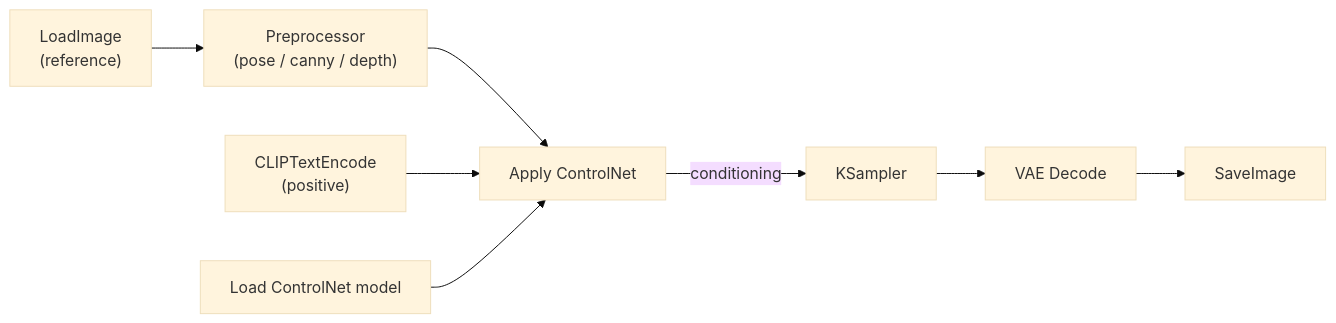
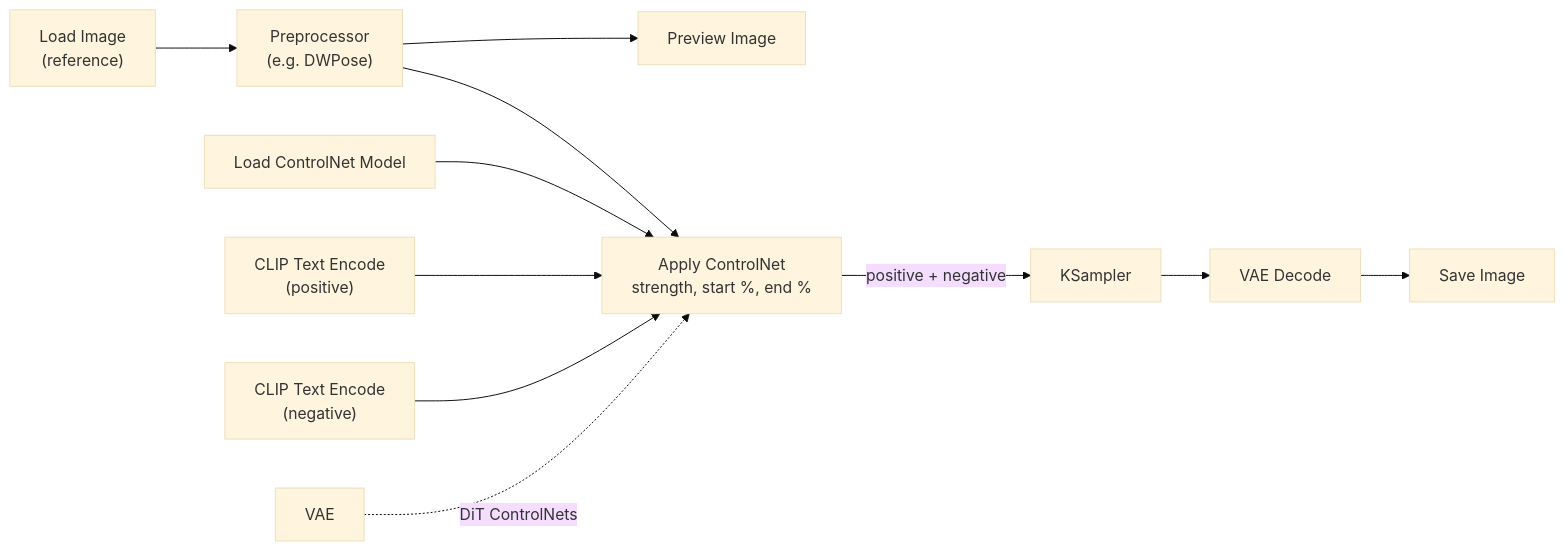
One commit to AndrewAltimit/Documentation changed the second of 3 diagrams in github-pages/docs/ai-ml/controlnet.md. Above: the diagram before and after it, drawn with Mermaid (base theme). The commit also changed other lines of this file and 240 other files, not shown here.

````diff
--- a/github-pages/docs/ai-ml/controlnet.md
+++ b/github-pages/docs/ai-ml/controlnet.md
@@ -190,9 +139,12 @@
 ```mermaid
 flowchart LR
-    LI["LoadImage<br/>(reference)"] --> Pre["Preprocessor<br/>(pose / canny / depth)"]
-    Pre --> Apply["Apply ControlNet"]
-    Pos["CLIPTextEncode<br/>(positive)"] --> Apply
-    CN["Load ControlNet model"] --> Apply
-    Apply -->|conditioning| KS["KSampler"]
-    KS --> VD["VAE Decode"] --> SI["SaveImage"]
+    LI["Load Image<br/>(reference)"] --> Pre["Preprocessor<br/>(e.g. DWPose)"]
+    Pre --> Prev["Preview Image"]
+    Pre --> Apply["Apply ControlNet<br/>strength, start %, end %"]
+    CN["Load ControlNet Model"] --> Apply
+    Pos["CLIP Text Encode<br/>(positive)"] --> Apply
+    Neg["CLIP Text Encode<br/>(negative)"] --> Apply
+    VAE["VAE"] -.->|"DiT ControlNets"| Apply
+    Apply -->|"positive + negative"| KS["KSampler"]
+    KS --> VD["VAE Decode"] --> SI["Save Image"]
 ```
````
